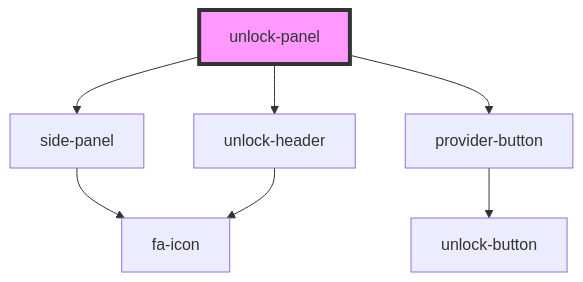
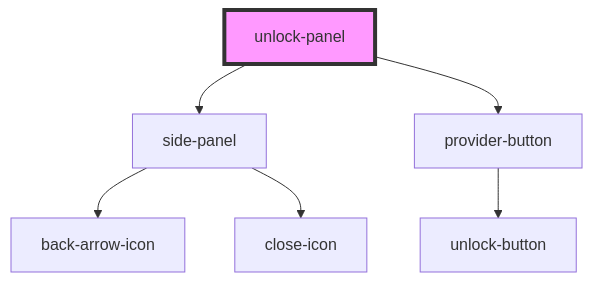
Before and after one commit to multiversx/mx-sdk-dapp-ui: the diagram in src/components/visual/unlock-panel/readme.md, drawn with Mermaid. The commit also changed other lines of this file and 19 other files, not shown here.

````diff
--- a/src/components/visual/unlock-panel/readme.md
+++ b/src/components/visual/unlock-panel/readme.md
@@ -33,10 +33,9 @@
 ```mermaid
 graph TD;
   unlock-panel --> side-panel
-  unlock-panel --> unlock-header
   unlock-panel --> provider-button
-  side-panel --> fa-icon
-  unlock-header --> fa-icon
+  side-panel --> back-arrow-icon
+  side-panel --> close-icon
   provider-button --> unlock-button
   style unlock-panel fill:#f9f,stroke:#333,stroke-width:4px
 ```
````
